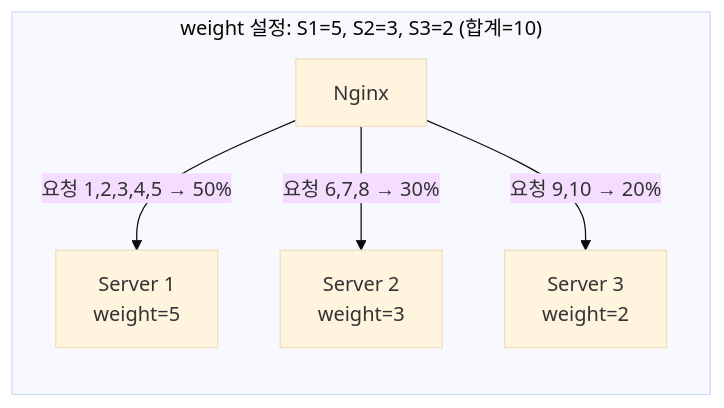
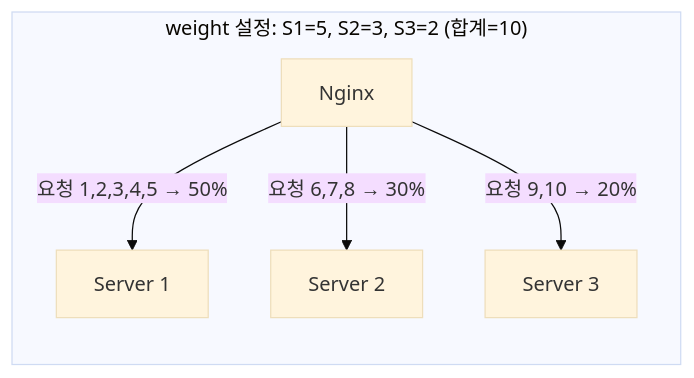
Before and after one commit to yjkim2015/yjkim2015.github.io: the eighth of 18 diagrams in _posts/server/2026-05-01-nginx.md, drawn with Mermaid (base theme). The commit also changed other lines of this file and 217 other files, not shown here.

First line of the commit message:
Mermaid 크기 수정: useMaxWidth:true + SVG max-width:100% + 라벨 축소

````diff
--- a/_posts/server/2026-05-01-nginx.md
+++ b/_posts/server/2026-05-01-nginx.md
@@ -310,12 +310,12 @@
 ```mermaid
 graph LR
     subgraph "weight 설정: S1=5, S2=3, S3=2 (합계=10)"
         N["Nginx"]
-        S1["Server 1\nweight=5"]
-        S2["Server 2\nweight=3"]
-        S3["Server 3\nweight=2"]
+        S1["Server 1"]
+        S2["Server 2"]
+        S3["Server 3"]
         N -->|"요청 1,2,3,4,5 → 50%"| S1
         N -->|"요청 6,7,8 → 30%"| S2
         N -->|"요청 9,10 → 20%"| S3
     end
 ```
````
